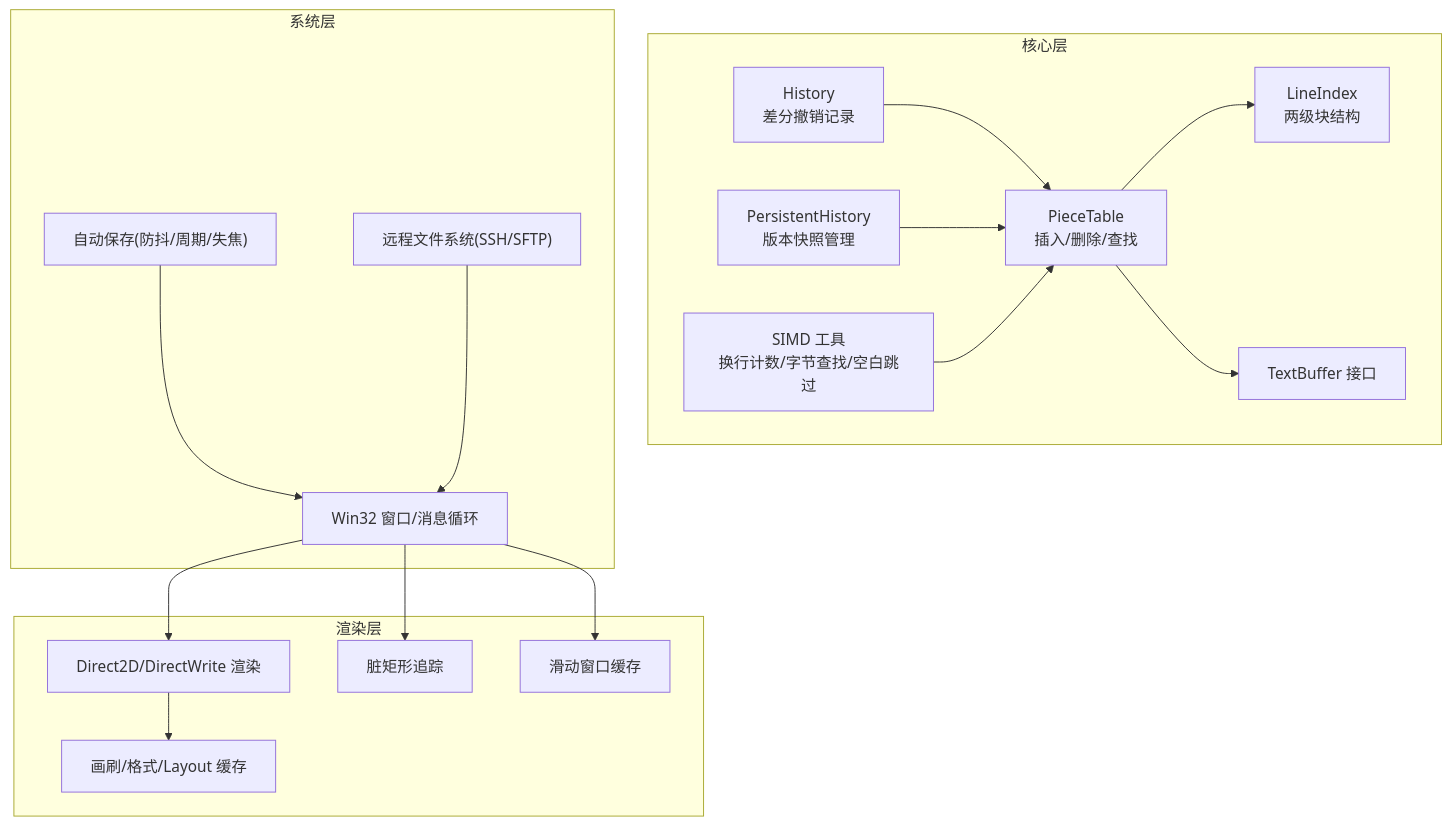
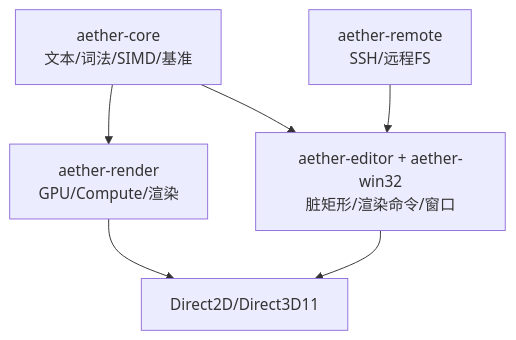
Before and after one commit to aetherstudio-cn/AetherStudio: the first of 8 diagrams in .qoder/repowiki/zh/content/性能优化/性能优化.md, drawn with Mermaid. The commit also changed other lines of this file and 396 other files, not shown here.

````diff
--- a/.qoder/repowiki/zh/content/性能优化/性能优化.md
+++ b/.qoder/repowiki/zh/content/性能优化/性能优化.md
@@ -61,33 +40,8 @@
 ```mermaid
 graph TB
-subgraph "核心层"
-PT["PieceTable<br/>插入/删除/查找"]
-LI["LineIndex<br/>两级块结构"]
-SIM["SIMD 工具<br/>换行计数/字节查找/空白跳过"]
-BUF["TextBuffer 接口"]
-HIS["History<br/>差分撤销记录"]
-PH["PersistentHistory<br/>版本快照管理"]
-end
-subgraph "渲染层"
-D2D["Direct2D/DirectWrite 渲染"]
-BR["画刷/格式/Layout 缓存"]
-DR["脏矩形追踪"]
-SW["滑动窗口缓存"]
-end
-subgraph "系统层"
-WIN["Win32 窗口/消息循环"]
-AS["自动保存(防抖/周期/失焦)"]
-RF["远程文件系统(SSH/SFTP)"]
-end
-PT --> LI
-PT --> BUF
-HIS --> PT
-PH --> PT
-SIM --> PT
-D2D --> BR
-WIN --> DR
-WIN --> D2D
-WIN --> SW
-AS --> WIN
-RF --> WIN
+Core["aether-core<br/>文本/词法/SIMD/基准"] --> Render["aether-render<br/>GPU/Compute/渲染"]
+Core --> EditorWin["aether-editor + aether-win32<br/>脏矩形/渲染命令/窗口"]
+Remote["aether-remote<br/>SSH/远程FS"] --> EditorWin
+Render --> WinRender["Direct2D/Direct3D11"]
+EditorWin --> WinRender
 ```
````
